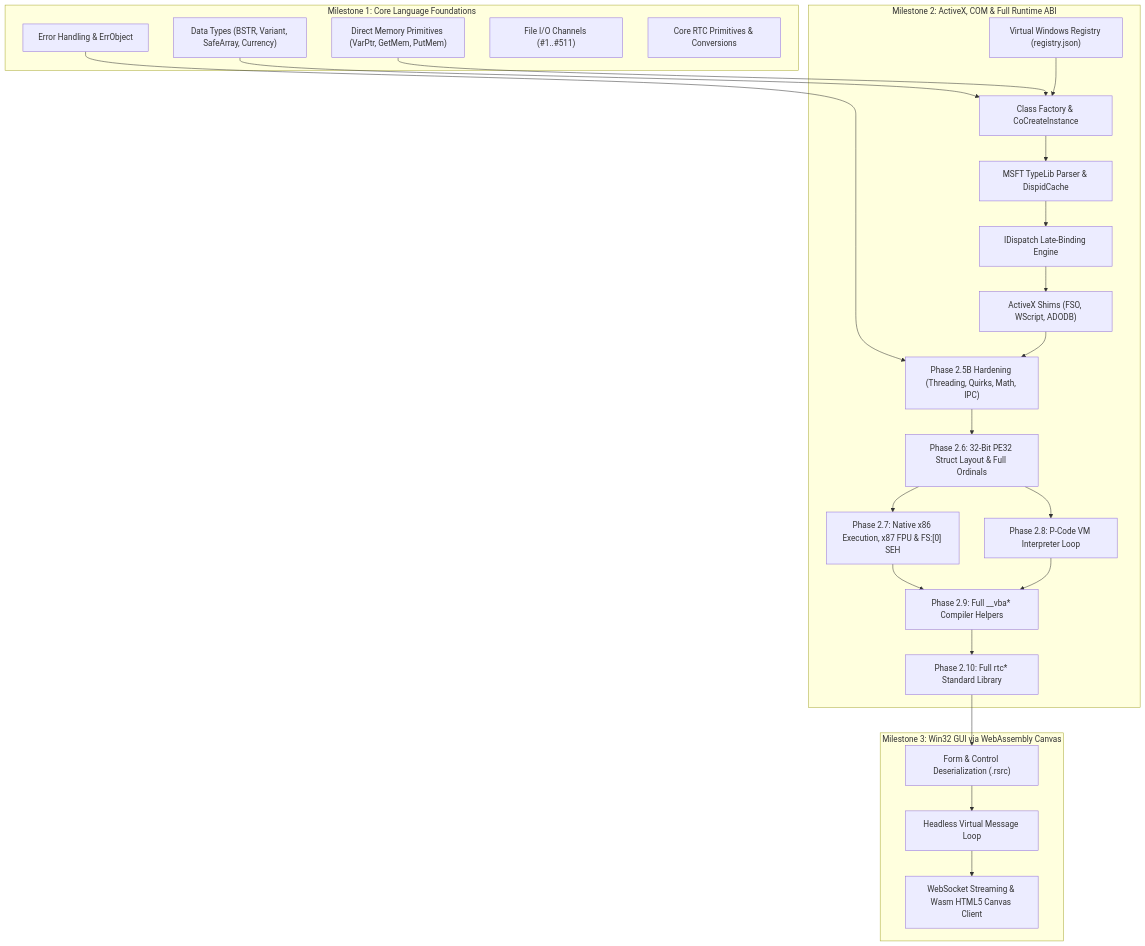
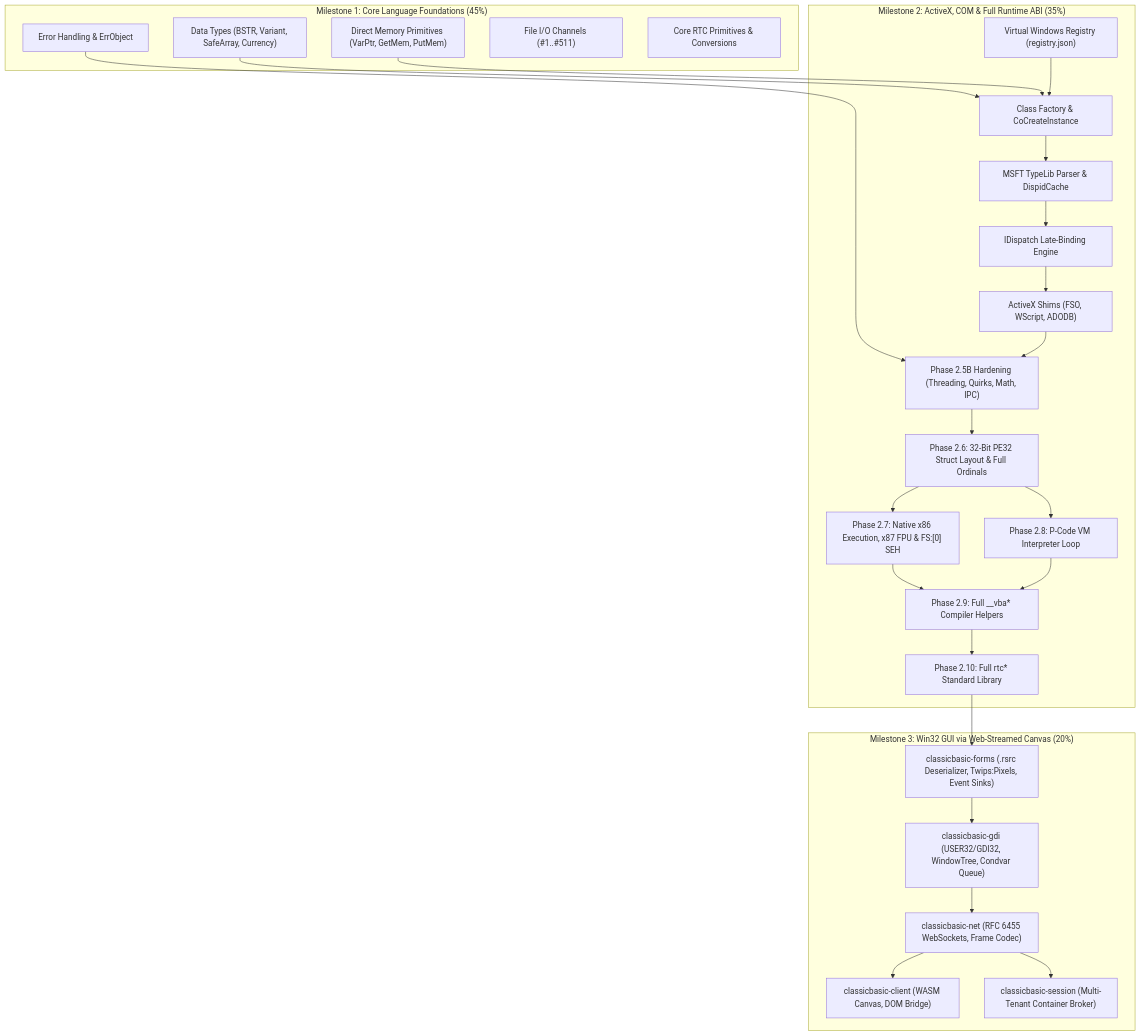
The diagram in ROADMAP.md (victoria-devs/classicbasic), drawn with Mermaid before and after one commit. The commit also changed other lines of this file and 67 other files, not shown here.

Commit message:
refactor(artifacts): organize into bin/, src/, and ref/ subdirectories, leaving only .md at root; add Win32 GUI GDI specification to docs and roadmap

````diff
--- a/ROADMAP.md
+++ b/ROADMAP.md
@@ -85,48 +89,52 @@
 ```mermaid
 flowchart TD
-    subgraph Milestone1["Milestone 1: Core Language Foundations"]
+    subgraph Milestone1["Milestone 1: Core Language Foundations (45%)"]
         M1_Types["Data Types (BSTR, Variant, SafeArray, Currency)"]
         M1_Mem["Direct Memory Primitives (VarPtr, GetMem, PutMem)"]
         M1_Err["Error Handling & ErrObject"]
         M1_File["File I/O Channels (#1..#511)"]
         M1_RTC["Core RTC Primitives & Conversions"]
     end
 
-    subgraph Milestone2["Milestone 2: ActiveX, COM & Full Runtime ABI"]
+    subgraph Milestone2["Milestone 2: ActiveX, COM & Full Runtime ABI (35%)"]
         M2_Reg["Virtual Windows Registry (registry.json)"]
         M2_Factory["Class Factory & CoCreateInstance"]
         M2_TypeLib["MSFT TypeLib Parser & DispidCache"]
         M2_Dispatch["IDispatch Late-Binding Engine"]
         M2_Shims["ActiveX Shims (FSO, WScript, ADODB)"]
         M2_Hardening["Phase 2.5B Hardening (Threading, Quirks, Math, IPC)"]
         M2_ABI32["Phase 2.6: 32-Bit PE32 Struct Layout & Full Ordinals"]
         M2_x86["Phase 2.7: Native x86 Execution, x87 FPU & FS:[0] SEH"]
         M2_PCode["Phase 2.8: P-Code VM Interpreter Loop"]
         M2_VBA["Phase 2.9: Full __vba* Compiler Helpers"]
         M2_RTC["Phase 2.10: Full rtc* Standard Library"]
     end
 
-    subgraph Milestone3["Milestone 3: Win32 GUI via WebAssembly Canvas"]
-        M3_Form["Form & Control Deserialization (.rsrc)"]
-        M3_MsgLoop["Headless Virtual Message Loop"]
-        M3_Web["WebSocket Streaming & Wasm HTML5 Canvas Client"]
+    subgraph Milestone3["Milestone 3: Win32 GUI via Web-Streamed Canvas (20%)"]
+        M3_GDI["classicbasic-gdi (USER32/GDI32, WindowTree, Condvar Queue)"]
+        M3_Forms["classicbasic-forms (.rsrc Deserializer, Twips:Pixels, Event Sinks)"]
+        M3_Net["classicbasic-net (RFC 6455 WebSockets, Frame Codec)"]
+        M3_Client["classicbasic-client (WASM Canvas, DOM Bridge)"]
+        M3_Broker["classicbasic-session (Multi-Tenant Container Broker)"]
     end
 
     M1_Types --> M2_Factory
     M1_Mem --> M2_Factory
     M1_Err --> M2_Hardening
     M2_Reg --> M2_Factory
     M2_Factory --> M2_TypeLib
     M2_TypeLib --> M2_Dispatch
     M2_Dispatch --> M2_Shims
     M2_Shims --> M2_Hardening
     M2_Hardening --> M2_ABI32
     M2_ABI32 --> M2_x86
     M2_ABI32 --> M2_PCode
     M2_x86 --> M2_VBA
     M2_PCode --> M2_VBA
     M2_VBA --> M2_RTC
-    M2_RTC --> M3_Form
-    M3_Form --> M3_MsgLoop
-    M3_MsgLoop --> M3_Web
+    M2_RTC --> M3_Forms
+    M3_Forms --> M3_GDI
+    M3_GDI --> M3_Net
+    M3_Net --> M3_Client
+    M3_Net --> M3_Broker
 ```
````
